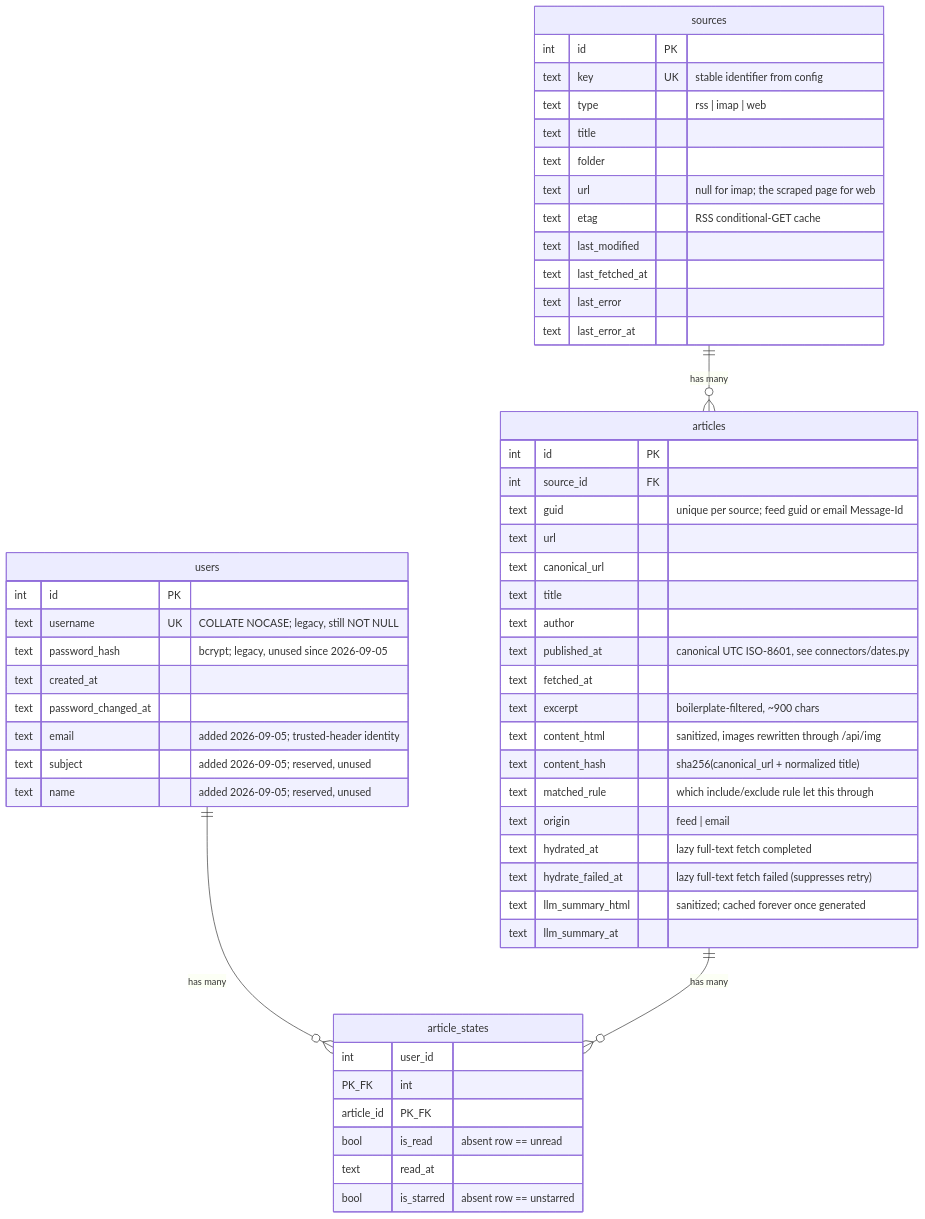
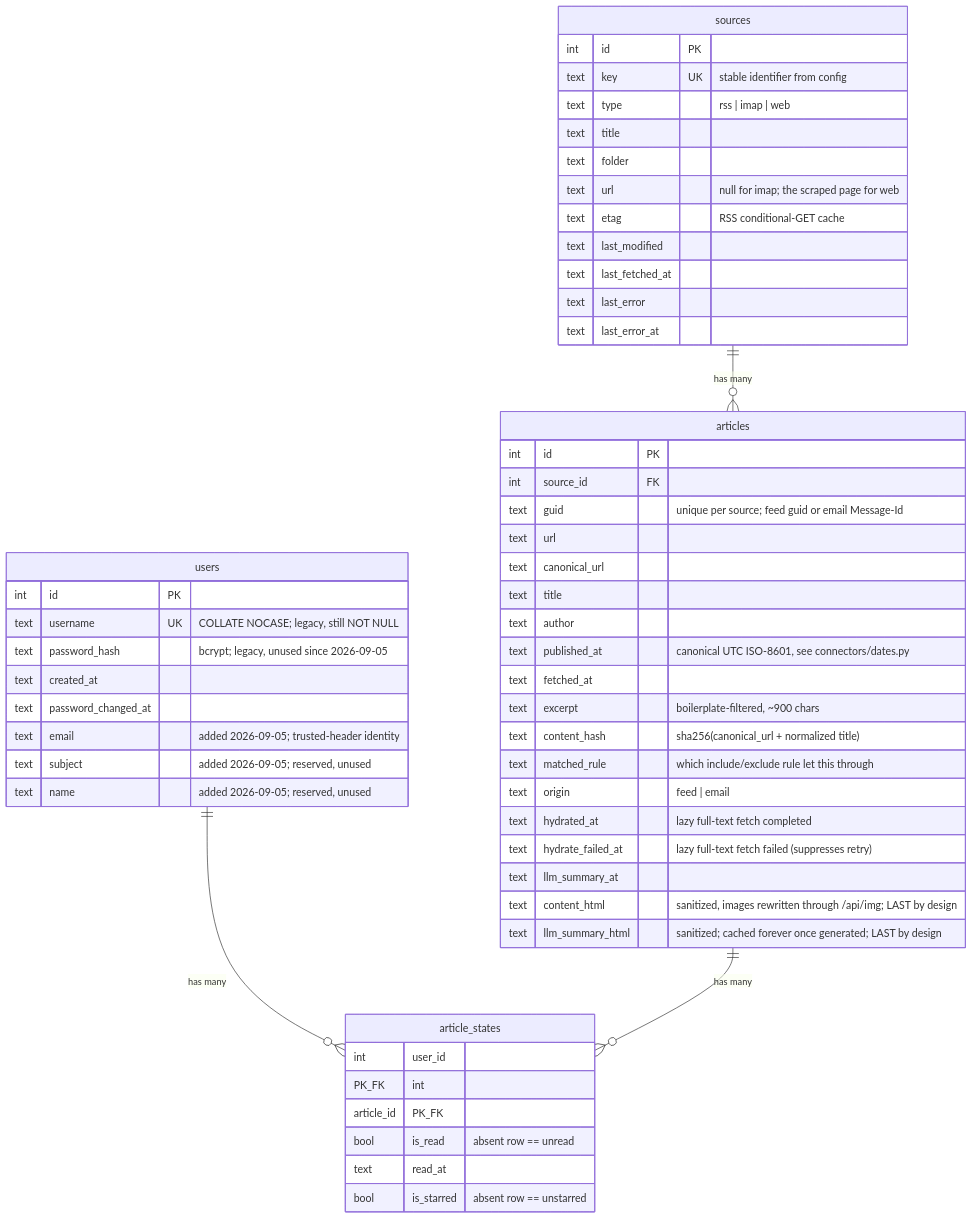
The diagram in docs/ERD.md (pengyaoc/openreader), drawn with Mermaid before and after one commit. The commit also changed other lines of this file and 14 other files, not shown here.

````diff
--- a/docs/ERD.md
+++ b/docs/ERD.md
@@ -118,60 +118,60 @@
 ```mermaid
 erDiagram
     sources ||--o{ articles : "has many"
     users ||--o{ article_states : "has many"
     articles ||--o{ article_states : "has many"
 
     sources {
         int id PK
         text key UK "stable identifier from config"
         text type "rss | imap | web"
         text title
         text folder
         text url "null for imap; the scraped page for web"
         text etag "RSS conditional-GET cache"
         text last_modified
         text last_fetched_at
         text last_error
         text last_error_at
     }
 
     articles {
         int id PK
         int source_id FK
         text guid "unique per source; feed guid or email Message-Id"
         text url
         text canonical_url
         text title
         text author
         text published_at "canonical UTC ISO-8601, see connectors/dates.py"
         text fetched_at
         text excerpt "boilerplate-filtered, ~900 chars"
-        text content_html "sanitized, images rewritten through /api/img"
         text content_hash "sha256(canonical_url + normalized title)"
         text matched_rule "which include/exclude rule let this through"
         text origin "feed | email"
         text hydrated_at "lazy full-text fetch completed"
         text hydrate_failed_at "lazy full-text fetch failed (suppresses retry)"
-        text llm_summary_html "sanitized; cached forever once generated"
         text llm_summary_at
+        text content_html "sanitized, images rewritten through /api/img; LAST by design"
+        text llm_summary_html "sanitized; cached forever once generated; LAST by design"
     }
 
     users {
         int id PK
         text username UK "COLLATE NOCASE; legacy, still NOT NULL"
         text password_hash "bcrypt; legacy, unused since 2026-09-05"
         text created_at
         text password_changed_at
         text email "added 2026-09-05; trusted-header identity"
         text subject "added 2026-09-05; reserved, unused"
         text name "added 2026-09-05; reserved, unused"
     }
 
     article_states {
         int user_id PK_FK
         int article_id PK_FK
         bool is_read "absent row == unread"
         text read_at
         bool is_starred "absent row == unstarred"
     }
 ```
````
